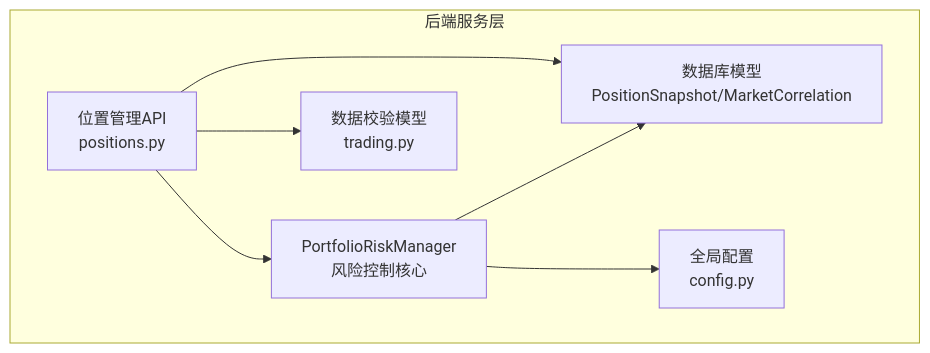
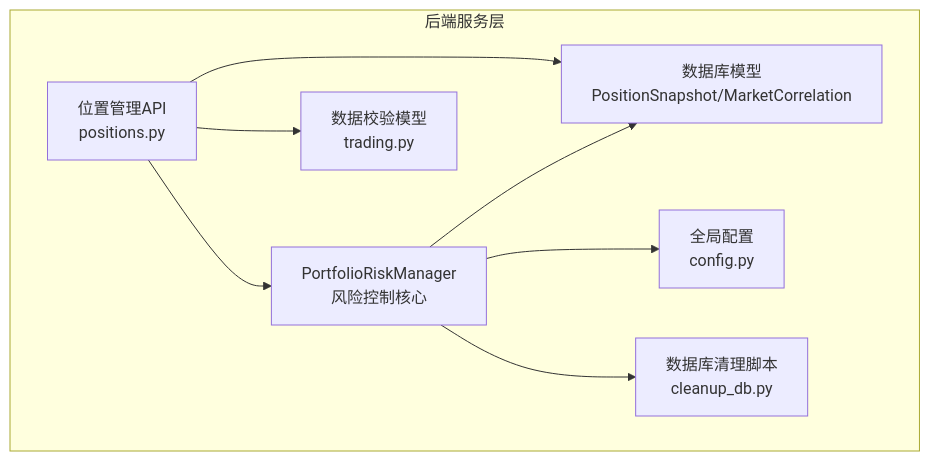
Before and after one commit to raymodny-ai/The-Modern-Turtle-Protocol: the first of 7 diagrams in .qoder/repowiki/zh/content/核心功能模块/风险管理系统/投资组合风险控制.md, drawn with Mermaid. The commit also changed other lines of this file and 15 other files, not shown here.

````diff
--- a/.qoder/repowiki/zh/content/核心功能模块/风险管理系统/投资组合风险控制.md
+++ b/.qoder/repowiki/zh/content/核心功能模块/风险管理系统/投资组合风险控制.md
@@ -35,15 +44,17 @@
 ```mermaid
 graph TB
 subgraph "后端服务层"
 RM["PortfolioRiskManager<br/>风险控制核心"]
 DB["数据库模型<br/>PositionSnapshot/MarketCorrelation"]
 API["位置管理API<br/>positions.py"]
 SCH["数据校验模型<br/>trading.py"]
 CFG["全局配置<br/>config.py"]
+CLEAN["数据库清理脚本<br/>cleanup_db.py"]
 end
 API --> RM
 RM --> DB
 API --> DB
 RM --> CFG
 API --> SCH
+RM --> CLEAN
 ```
````
